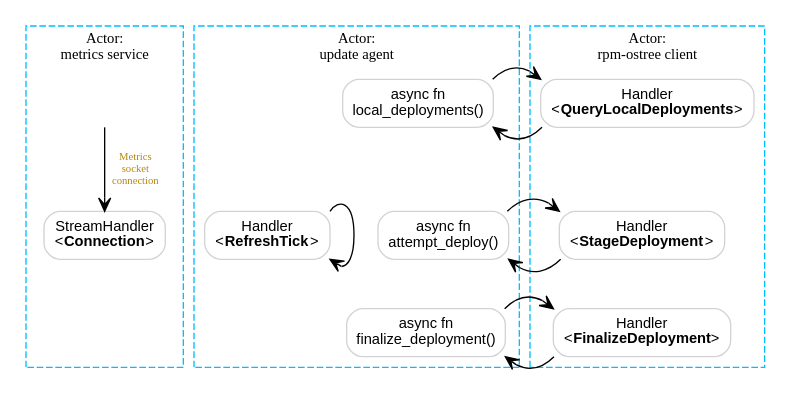
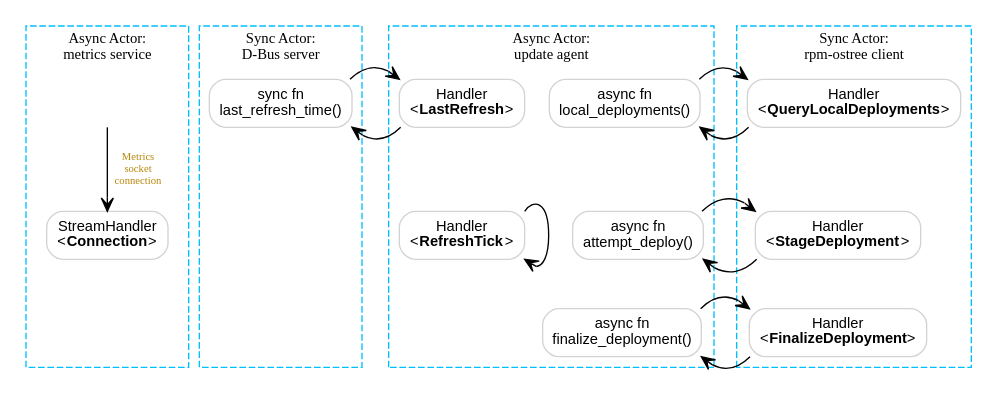
Before and after one commit to coreos/zincati: the diagram in docs/images/zincati-actors.dot, drawn with Graphviz. The commit also changed 1 other file, not shown here.

Commit message:
docs/images: update actor graph with D-Bus actor
This has long been missing since https://github.com/coreos/zincati/commit/08481e439e3525d07dcba1bec73d93da42fb8547
was added.

```diff
--- a/docs/images/zincati-actors.dot
+++ b/docs/images/zincati-actors.dot
@@ -1,60 +1,73 @@
 # Render with: `dot -T png -o zincati-actors.png zincati-actors.dot`
 
 digraph actors_messages {
     newrank = true;
     fontsize=11;
     node [shape=box, style="rounded", color=lightgrey; fontname="Arial"; fontsize=11;];
     edge[arrowhead="vee"; fontcolor=darkgoldenrod; fontsize=8;];
 
 
     subgraph cluster_metrics_service {
-        label = "Actor:\nmetrics service";
+        label = "Async Actor:\nmetrics service";
         style = dashed;
         color = deepskyblue;
 
         ConnectionStream [label=<StreamHandler<br/>&lt;<b>Connection</b>&gt;>;];
         
         # Invisble placeholders.
         InvisMetricsClient:s [style=invis];
-        InvisBottom [style=invis];
-        ConnectionStream:s -> InvisBottom:n [style=invis];
+        InvisBottomMetrics [style=invis];
+        ConnectionStream:s -> InvisBottomMetrics:n [style=invis];
+    }
+
+    subgraph cluster_dbus_server {
+        label = "Sync Actor:\nD-Bus server";
+        style = dashed;
+        color = deepskyblue;
+
+        SyncLastRefersh [label="sync fn\nlast_refresh_time()"];
+
+        # Invisble placeholders.
+        InvisBottomDbus [style=invis];
     }
 
     subgraph cluster_update_agent {
-        label = "Actor:\nupdate agent";
+        label = "Async Actor:\nupdate agent";
         style = dashed;
         color = deepskyblue;
 
         AsyncLocalDeployments [label="async fn\nlocal_deployments()"];
         AsyncAttemptDeploy [label="async fn\nattempt_deploy()"];
         AsyncFinalizeDeployment [label="async fn\nfinalize_deployment()"];
         RefreshTick [label=<Handler<br/>&lt;<b>RefreshTick</b>&gt;>];
+        LastRefresh [label=<Handler<br/>&lt;<b>LastRefresh</b>&gt;>]
         
     }
     
     subgraph cluster_rpm_ostree_client {
-        label = "Actor:\nrpm-ostree client";
+        label = "Sync Actor:\nrpm-ostree client";
         style = dashed;
         color = deepskyblue;
 
         QueryLocalDeployments [label=<Handler<br/>&lt;<b>QueryLocalDeployments</b>&gt;>];
         StageDeployment [label=<Handler<br/>&lt;<b>StageDeployment</b>&gt;>];
         FinalizeDeployment [label=<Handler<br/>&lt;<b>FinalizeDeployment</b>&gt;>];
        
         # Invisble placeholders.
         QueryLocalDeployments:s -> StageDeployment:n [style=invis];
         StageDeployment:s -> FinalizeDeployment:n [style=invis];
     }
     
     # Organize nodes in rows.
-    { rank = same; InvisMetricsClient; AsyncLocalDeployments; QueryLocalDeployments }
+    { rank = same; InvisMetricsClient; SyncLastRefersh; LastRefresh; AsyncLocalDeployments; QueryLocalDeployments }
     { rank = same; ConnectionStream; RefreshTick; AsyncAttemptDeploy; StageDeployment }
-    { rank = same; InvisBottom; AsyncFinalizeDeployment; FinalizeDeployment; }
+    { rank = same; InvisBottomMetrics; InvisBottomDbus; AsyncFinalizeDeployment; FinalizeDeployment; }
 
     # Edges.
     InvisMetricsClient:s -> ConnectionStream:n [label="Metrics\nsocket\n connection"];
     RefreshTick:ne -> RefreshTick:se;
+    { rank = same; SyncLastRefersh:ne -> LastRefresh:nw; LastRefresh:sw -> SyncLastRefersh:se; }
     { rank = same; AsyncLocalDeployments:ne -> QueryLocalDeployments:nw; QueryLocalDeployments:sw -> AsyncLocalDeployments:se; }
     { rank = same; AsyncAttemptDeploy:ne -> StageDeployment:nw; StageDeployment:sw -> AsyncAttemptDeploy:se; }
     { rank = same; AsyncFinalizeDeployment:ne -> FinalizeDeployment:nw; FinalizeDeployment:sw -> AsyncFinalizeDeployment:se; }
 }
```
